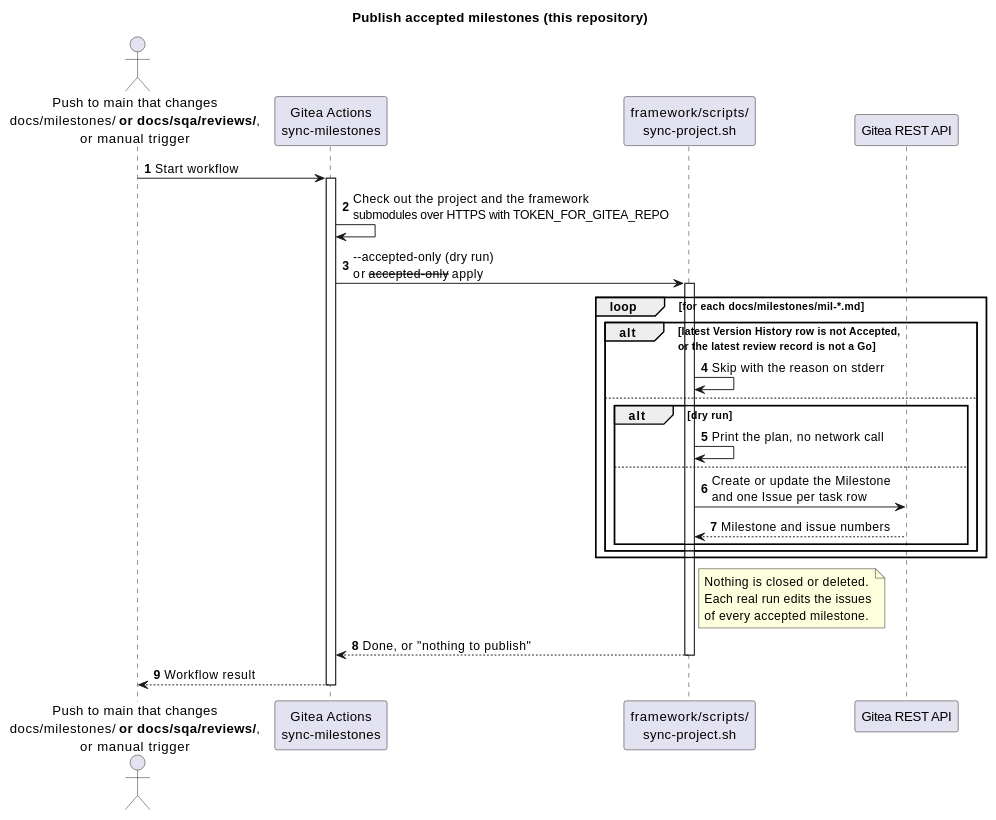
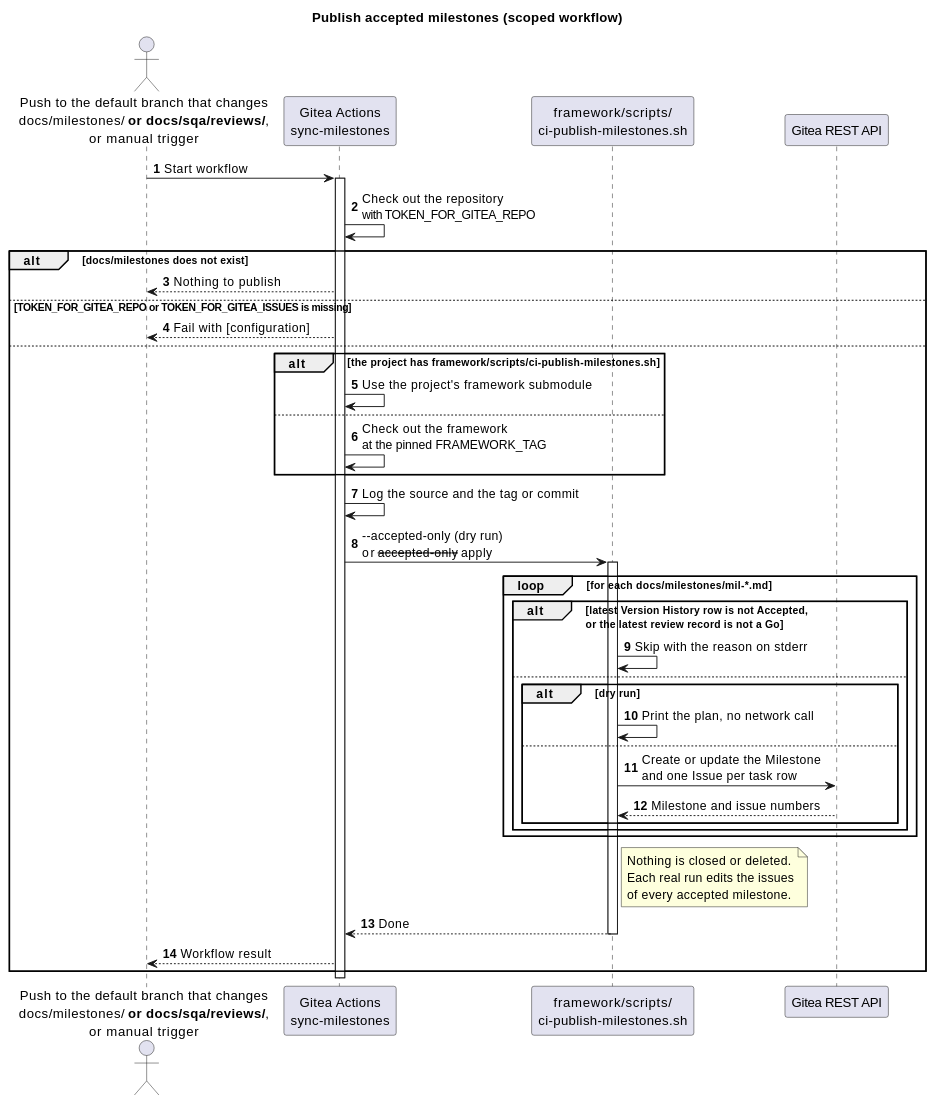
One commit to TirSystem/git-workflows changed diagram 11 of 12 in README.md. Above: the diagram before and after it, drawn with PlantUML. The commit also changed other lines of this file and 29 other files, not shown here.

````diff
--- a/README.md
+++ b/README.md
@@ -423,41 +508,54 @@
 ```plantuml
 @startuml
-title Publish accepted milestones (this repository)
+title Publish accepted milestones (scoped workflow)
 
 autonumber
 
-actor "Push to main that changes\ndocs/milestones/** or docs/sqa/reviews/**,\nor manual trigger" as Trigger
+actor "Push to the default branch that changes\ndocs/milestones/** or docs/sqa/reviews/**,\nor manual trigger" as Trigger
 participant "Gitea Actions\nsync-milestones" as Workflow
-participant "framework/scripts/\nsync-project.sh" as Script
+participant "framework/scripts/\nci-publish-milestones.sh" as Script
 participant "Gitea REST API" as Gitea
 
 Trigger -> Workflow: Start workflow
 activate Workflow
-Workflow -> Workflow: Check out the project and the framework\nsubmodules over HTTPS with TOKEN_FOR_GITEA_REPO
-Workflow -> Script: --accepted-only (dry run)\nor --accepted-only --apply
-activate Script
+Workflow -> Workflow: Check out the repository\nwith TOKEN_FOR_GITEA_REPO
 
-loop for each docs/milestones/mil-*.md
-  alt latest Version History row is not Accepted,\nor the latest review record is not a Go
-    Script -> Script: Skip with the reason on stderr
+alt docs/milestones does not exist
+  Workflow --> Trigger: Nothing to publish
+else TOKEN_FOR_GITEA_REPO or TOKEN_FOR_GITEA_ISSUES is missing
+  Workflow --> Trigger: Fail with [configuration]
+else
+  alt the project has framework/scripts/ci-publish-milestones.sh
+    Workflow -> Workflow: Use the project's framework submodule
   else
-    alt dry run
-      Script -> Script: Print the plan, no network call
+    Workflow -> Workflow: Check out the framework\nat the pinned FRAMEWORK_TAG
+  end
+  Workflow -> Workflow: Log the source and the tag or commit
+  Workflow -> Script: --accepted-only (dry run)\nor --accepted-only --apply
+  activate Script
+
+  loop for each docs/milestones/mil-*.md
+    alt latest Version History row is not Accepted,\nor the latest review record is not a Go
+      Script -> Script: Skip with the reason on stderr
     else
-      Script -> Gitea: Create or update the Milestone\nand one Issue per task row
-      Gitea --> Script: Milestone and issue numbers
+      alt dry run
+        Script -> Script: Print the plan, no network call
+      else
+        Script -> Gitea: Create or update the Milestone\nand one Issue per task row
+        Gitea --> Script: Milestone and issue numbers
+      end
     end
   end
+
+  note right of Script
+  Nothing is closed or deleted.
+  Each real run edits the issues
+  of every accepted milestone.
+  end note
+  Script --> Workflow: Done
+  deactivate Script
+  Workflow --> Trigger: Workflow result
 end
-
-note right of Script
-Nothing is closed or deleted.
-Each real run edits the issues
-of every accepted milestone.
-end note
-Script --> Workflow: Done, or "nothing to publish"
-deactivate Script
-Workflow --> Trigger: Workflow result
 deactivate Workflow
 @enduml
 ```
````
